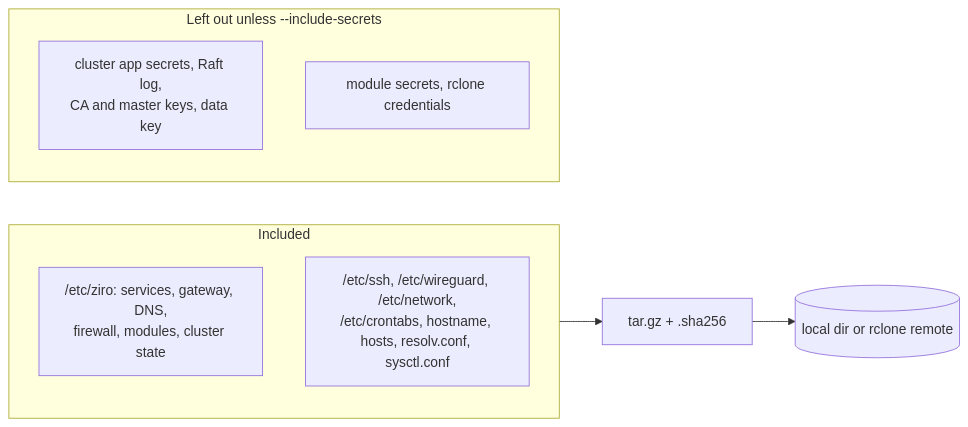
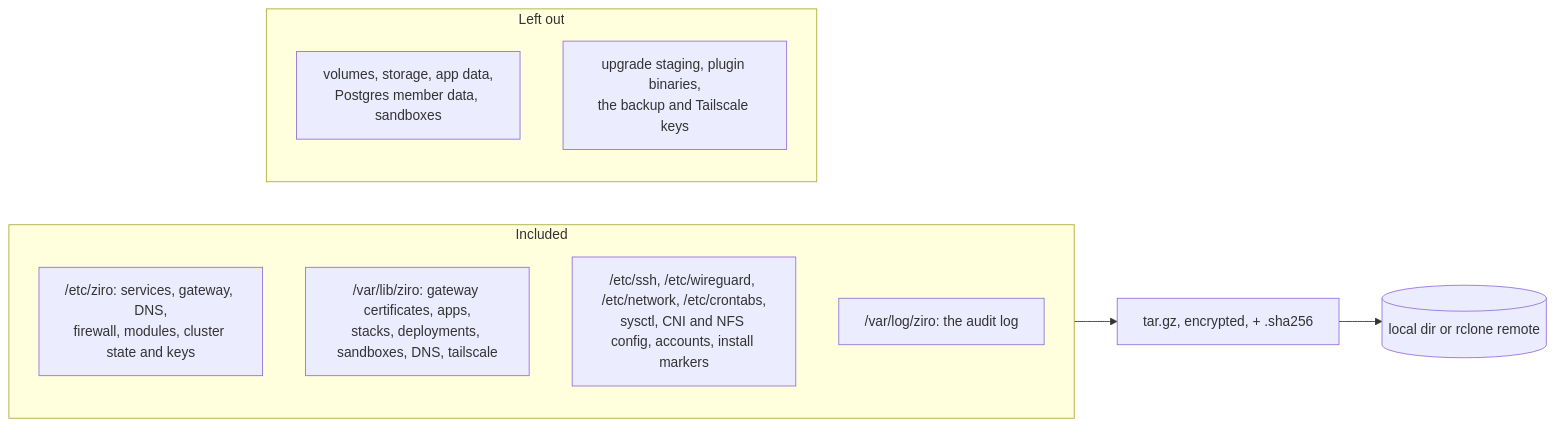
The diagram in docs/backup.md (ziro-os/ziro-os), drawn with Mermaid before and after one commit. The commit also changed other lines of this file and 12 other files, not shown here.

````diff
--- a/docs/backup.md
+++ b/docs/backup.md
@@ -23,12 +25,14 @@
 ```mermaid
 flowchart LR
   subgraph In[Included]
-    A["/etc/ziro: services, gateway, DNS,<br/>firewall, modules, cluster state"]
-    B["/etc/ssh, /etc/wireguard, /etc/network,<br/>/etc/crontabs, hostname, hosts, resolv.conf, sysctl.conf"]
+    A["/etc/ziro: services, gateway, DNS,<br/>firewall, modules, cluster state and keys"]
+    B["/var/lib/ziro: gateway certificates, apps,<br/>stacks, deployments, sandboxes, DNS, tailscale"]
+    C["/etc/ssh, /etc/wireguard, /etc/network, /etc/crontabs,<br/>sysctl, CNI and NFS config, accounts, install markers"]
+    D["/var/log/ziro: the audit log"]
   end
-  subgraph Out[Left out unless --include-secrets]
-    S[cluster app secrets, Raft log,<br/>CA and master keys, data key]
-    P[module secrets, rclone credentials]
+  subgraph Out[Left out]
+    V[volumes, storage, app data,<br/>Postgres member data, sandboxes]
+    X[upgrade staging, plugin binaries,<br/>the backup and Tailscale keys]
   end
-  In --> T[tar.gz + .sha256] --> R[(local dir or rclone remote)]
+  In --> T[tar.gz, encrypted, + .sha256] --> R[(local dir or rclone remote)]
 ```
````
